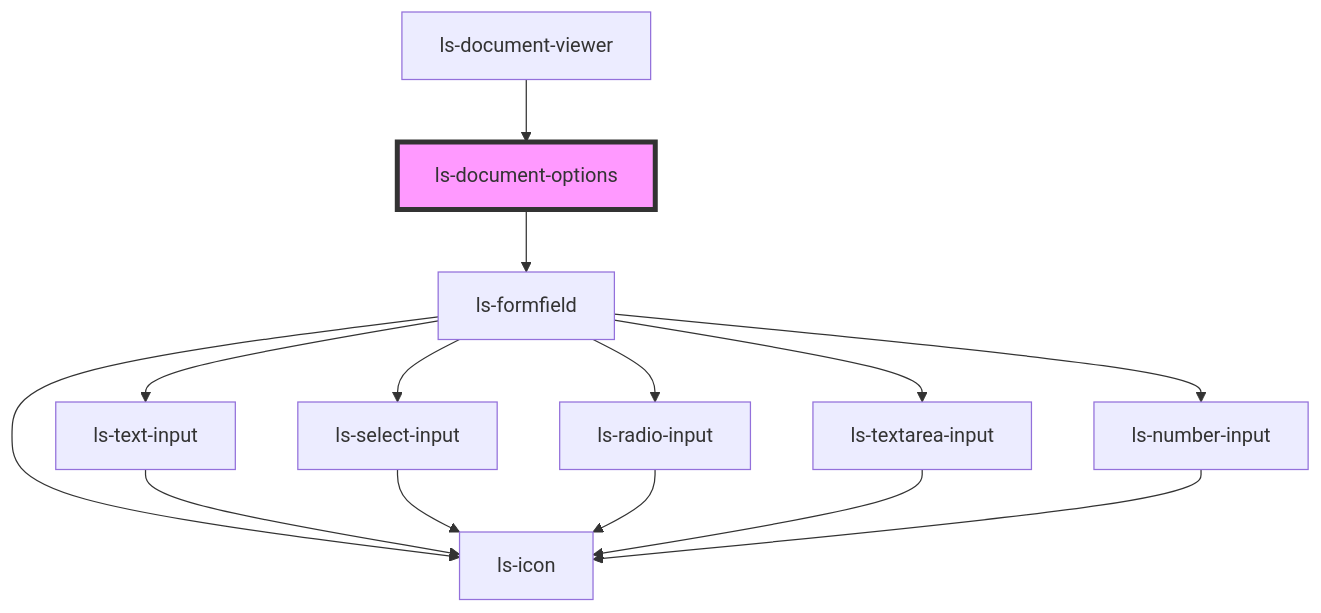
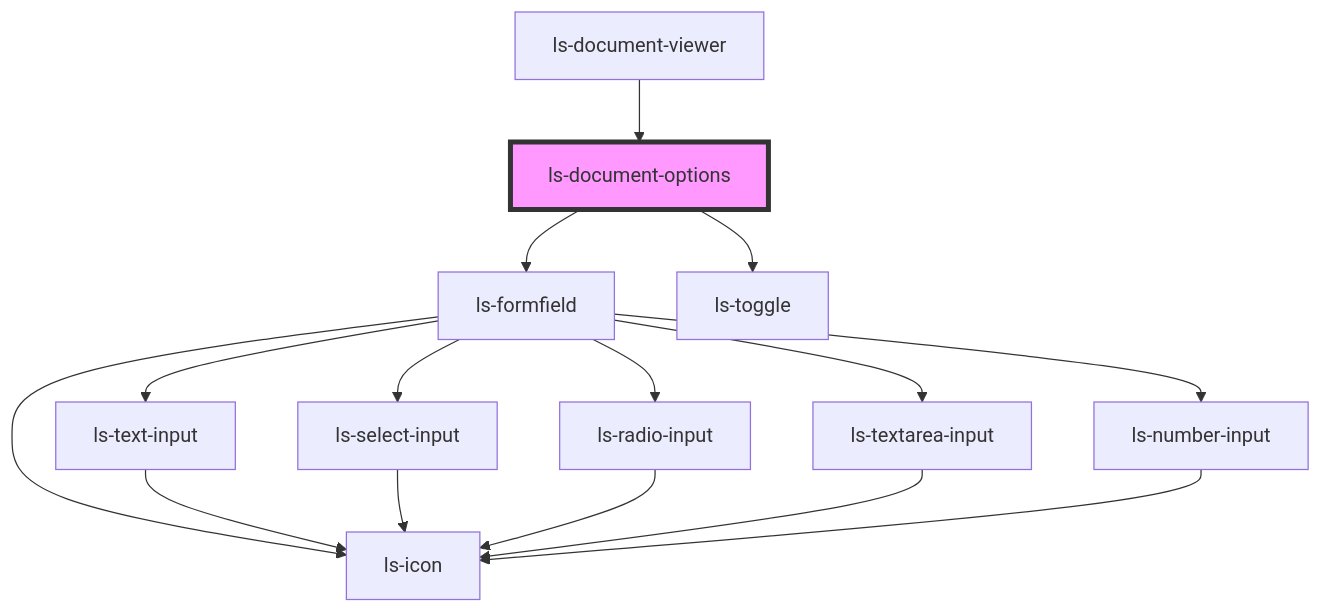
One commit to legalesign/ls-document-viewer changed the diagram in src/components/ls-document-options/readme.md. Above: the diagram before and after it, drawn with Mermaid. The commit also changed other lines of this file and 10 other files, not shown here.

````diff
--- a/src/components/ls-document-options/readme.md
+++ b/src/components/ls-document-options/readme.md
@@ -26,17 +27,18 @@
 ```mermaid
 graph TD;
   ls-document-options --> ls-formfield
+  ls-document-options --> ls-toggle
   ls-formfield --> ls-icon
   ls-formfield --> ls-text-input
   ls-formfield --> ls-select-input
   ls-formfield --> ls-radio-input
   ls-formfield --> ls-textarea-input
   ls-formfield --> ls-number-input
   ls-text-input --> ls-icon
   ls-select-input --> ls-icon
   ls-radio-input --> ls-icon
   ls-textarea-input --> ls-icon
   ls-number-input --> ls-icon
   ls-document-viewer --> ls-document-options
   style ls-document-options fill:#f9f,stroke:#333,stroke-width:4px
 ```
````
